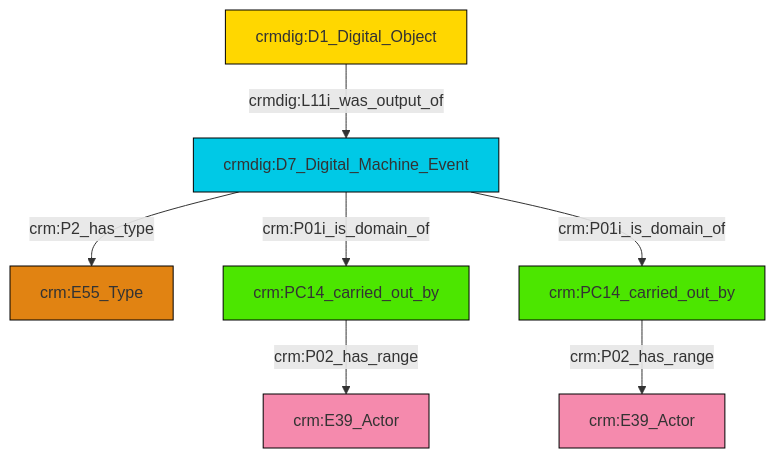
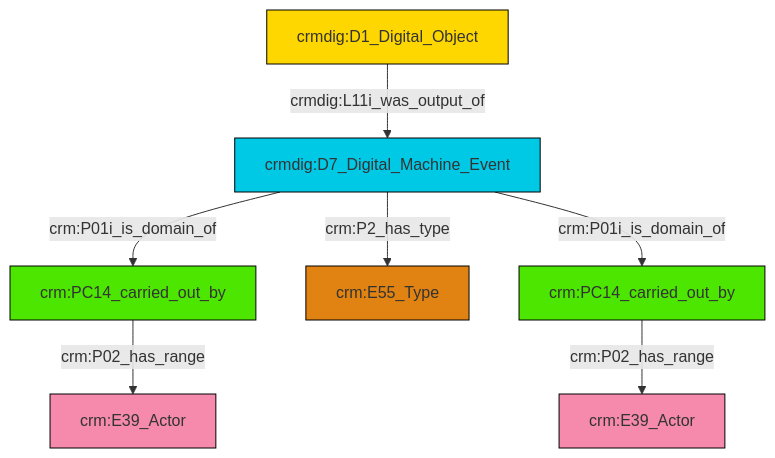
Before and after one commit to swiss-art-research-net/docs.swissartresearch: the diagram in et/doCSV/ttl/mmd/do_actor_relations.ttl.mmd, drawn with Mermaid. The commit also changed 175 other files, not shown here.

```diff
--- a/et/doCSV/ttl/mmd/do_actor_relations.ttl.mmd
+++ b/et/doCSV/ttl/mmd/do_actor_relations.ttl.mmd
@@ -1,21 +1,21 @@
 graph TD
 classDef Literal fill:#f2f2f2,stroke:#000000;
 classDef CRM_Entity fill:#FFFFFF,stroke:#000000;
 classDef Temporal_Entity fill:#00C9E6, stroke:#000000;
 classDef Type fill:#E18312, stroke:#000000;
 classDef Time-Span fill:#2C9C91, stroke:#000000;
 classDef Appellation fill:#FFEB7F, stroke:#000000;
 classDef Place fill:#008836, stroke:#000000;
 classDef Persistent_Item fill:#B266B2, stroke:#000000;
 classDef Conceptual_Object fill:#FFD700, stroke:#000000;
 classDef Physical_Thing fill:#D2B48C, stroke:#000000;
 classDef Actor fill:#f58aad, stroke:#000000;
 classDef PC_Classes fill:#4ce600, stroke:#000000;
 classDef Multi fill:#cccccc,stroke:#000000;
 
-0["crmdig:D7_Digital_Machine_Event"]:::Temporal_Entity -->|crm:P2_has_type| 1["crm:E55_Type"]:::Type
-0["crmdig:D7_Digital_Machine_Event"]:::Temporal_Entity -->|crm:P01i_is_domain_of| 6["crm:PC14_carried_out_by"]:::PC_Classes
-0["crmdig:D7_Digital_Machine_Event"]:::Temporal_Entity -->|crm:P01i_is_domain_of| 2["crm:PC14_carried_out_by"]:::PC_Classes
-2["crm:PC14_carried_out_by"]:::PC_Classes -->|crm:P02_has_range| 11["crm:E39_Actor"]:::Actor
-4["crmdig:D1_Digital_Object"]:::Conceptual_Object -->|crmdig:L11i_was_output_of| 0["crmdig:D7_Digital_Machine_Event"]:::Temporal_Entity
-6["crm:PC14_carried_out_by"]:::PC_Classes -->|crm:P02_has_range| 8["crm:E39_Actor"]:::Actor
+0["crm:PC14_carried_out_by"]:::PC_Classes -->|crm:P02_has_range| 1["crm:E39_Actor"]:::Actor
+4["crmdig:D1_Digital_Object"]:::Conceptual_Object -->|crmdig:L11i_was_output_of| 5["crmdig:D7_Digital_Machine_Event"]:::Temporal_Entity
+6["crm:PC14_carried_out_by"]:::PC_Classes -->|crm:P02_has_range| 7["crm:E39_Actor"]:::Actor
+5["crmdig:D7_Digital_Machine_Event"]:::Temporal_Entity -->|crm:P01i_is_domain_of| 0["crm:PC14_carried_out_by"]:::PC_Classes
+5["crmdig:D7_Digital_Machine_Event"]:::Temporal_Entity -->|crm:P2_has_type| 2["crm:E55_Type"]:::Type
+5["crmdig:D7_Digital_Machine_Event"]:::Temporal_Entity -->|crm:P01i_is_domain_of| 6["crm:PC14_carried_out_by"]:::PC_Classes
```
